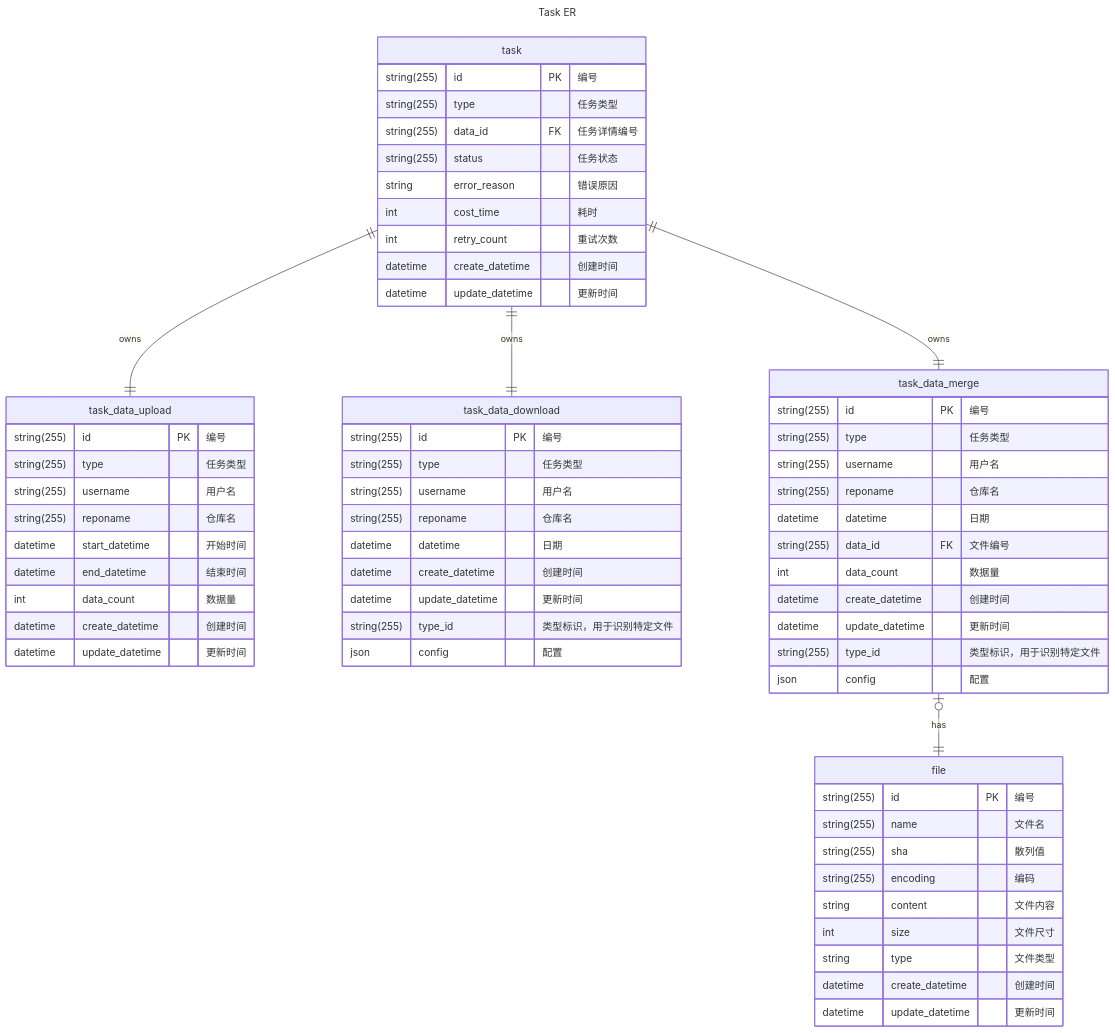
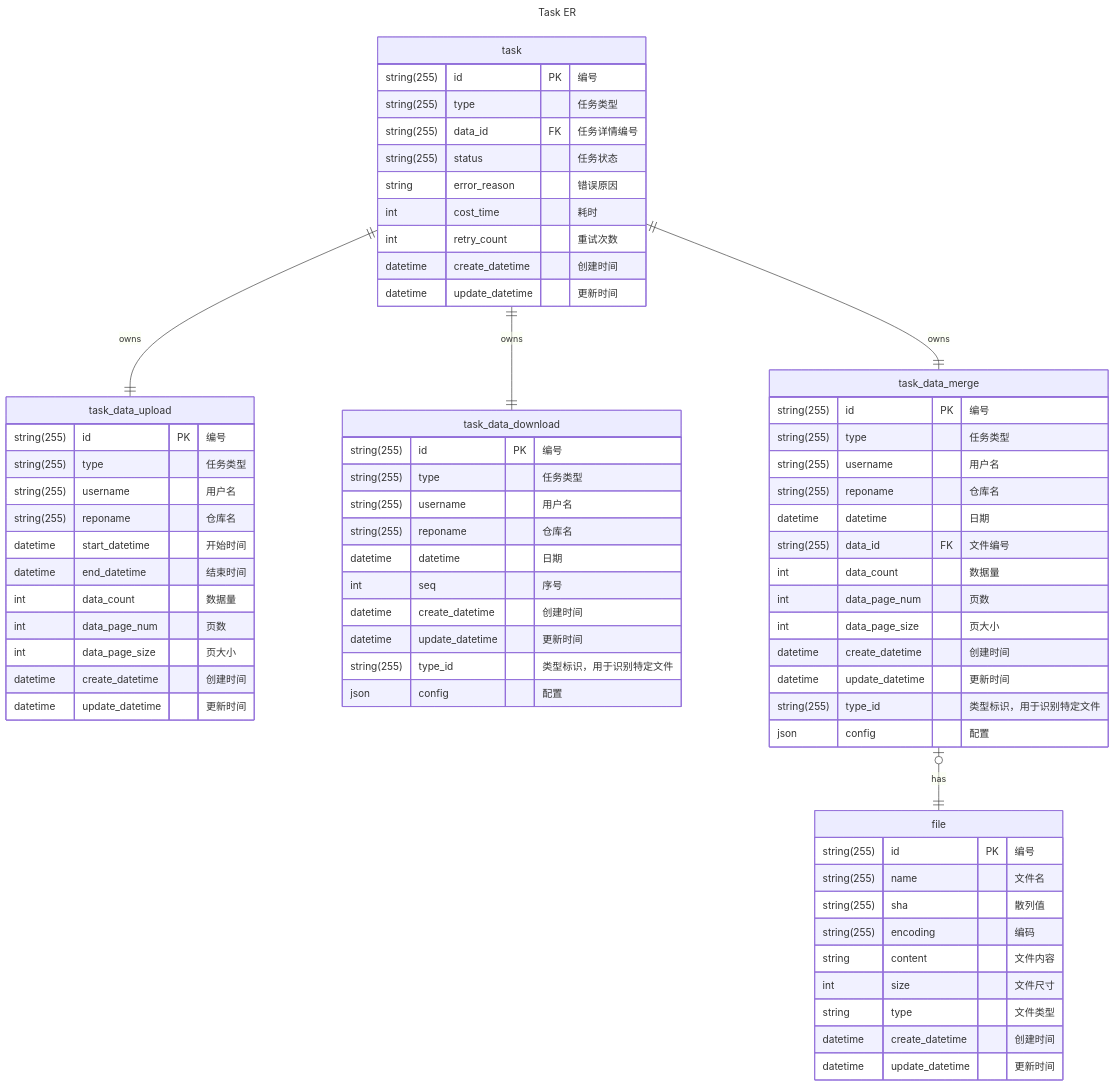
Before and after one commit to lastsunday/job-hunting: the eighth of 10 diagrams in docs/src/development/extension/core_logic_flow.md, drawn with Mermaid. The commit also changed 12 other files, not shown here.

````diff
--- a/docs/src/development/extension/core_logic_flow.md
+++ b/docs/src/development/extension/core_logic_flow.md
@@ -702,67 +702,72 @@
 ```mermaid
 ---
 title: Task ER
 ---
 erDiagram
     task ||--|| task_data_upload: owns
     task {
       string(255) id PK "编号"
       string(255) type "任务类型"
       string(255) data_id FK "任务详情编号"
       string(255) status "任务状态"
       string error_reason "错误原因"
       int cost_time "耗时"
       int retry_count "重试次数"
       datetime create_datetime "创建时间"
       datetime update_datetime "更新时间"
     }
     task_data_upload {
       string(255) id PK "编号"
       string(255) type "任务类型"
       string(255) username "用户名"
       string(255) reponame "仓库名"
       datetime start_datetime "开始时间"
       datetime end_datetime "结束时间"
       int data_count "数据量"
+      int data_page_num "页数"
+      int data_page_size "页大小"
       datetime create_datetime "创建时间"
       datetime update_datetime "更新时间"
     }
     task ||--|| task_data_download: owns
     task_data_download {
       string(255) id PK "编号"
       string(255) type "任务类型"
       string(255) username "用户名"
       string(255) reponame "仓库名"
       datetime datetime "日期"
+      int seq "序号"
       datetime create_datetime "创建时间"
       datetime update_datetime "更新时间"
       string(255) type_id "类型标识，用于识别特定文件"
       json config "配置"
     }
     task ||--|| task_data_merge: owns
     task_data_merge {
       string(255) id PK "编号"
       string(255) type "任务类型"
       string(255) username "用户名"
       string(255) reponame "仓库名"
       datetime datetime "日期"
       string(255) data_id FK "文件编号"
       int data_count "数据量"
+      int data_page_num "页数"
+      int data_page_size "页大小"
       datetime create_datetime "创建时间"
       datetime update_datetime "更新时间"
       string(255) type_id "类型标识，用于识别特定文件"
       json config "配置"
     }
     task_data_merge |o--|| file: has
     file {
       string(255) id PK "编号"
       string(255) name "文件名"
       string(255) sha "散列值"
       string(255) encoding "编码"
       string content "文件内容"
       int size "文件尺寸"
       string type "文件类型"
       datetime create_datetime "创建时间"
       datetime update_datetime "更新时间"
     }
 ```
````
